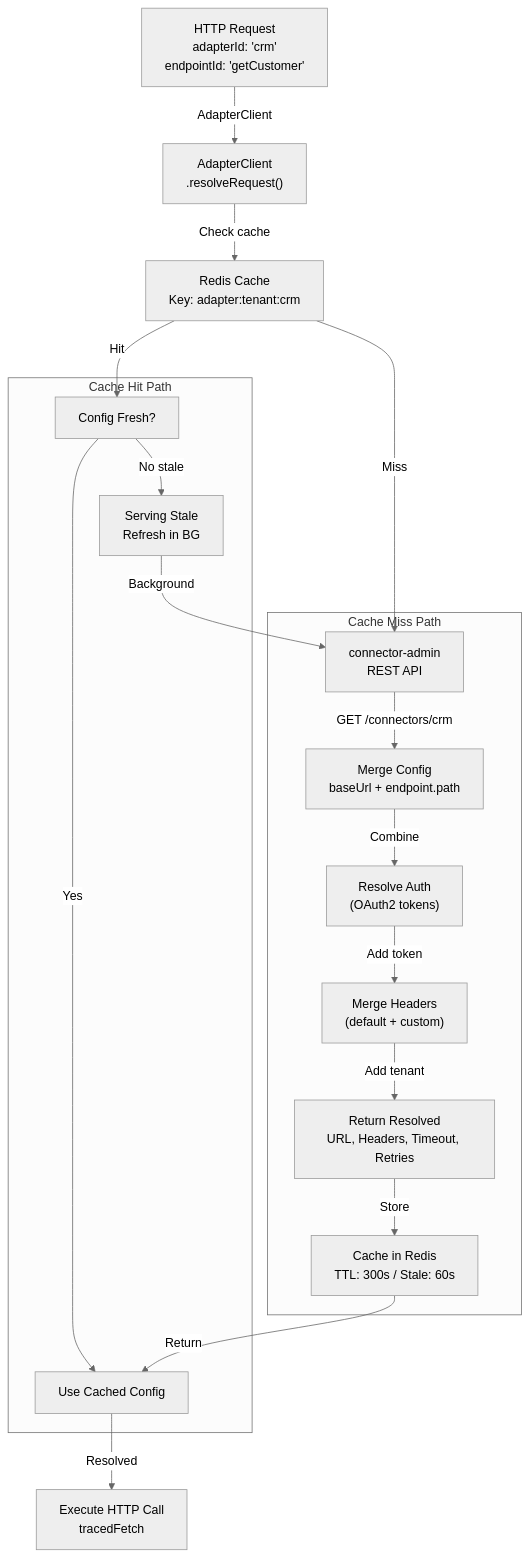
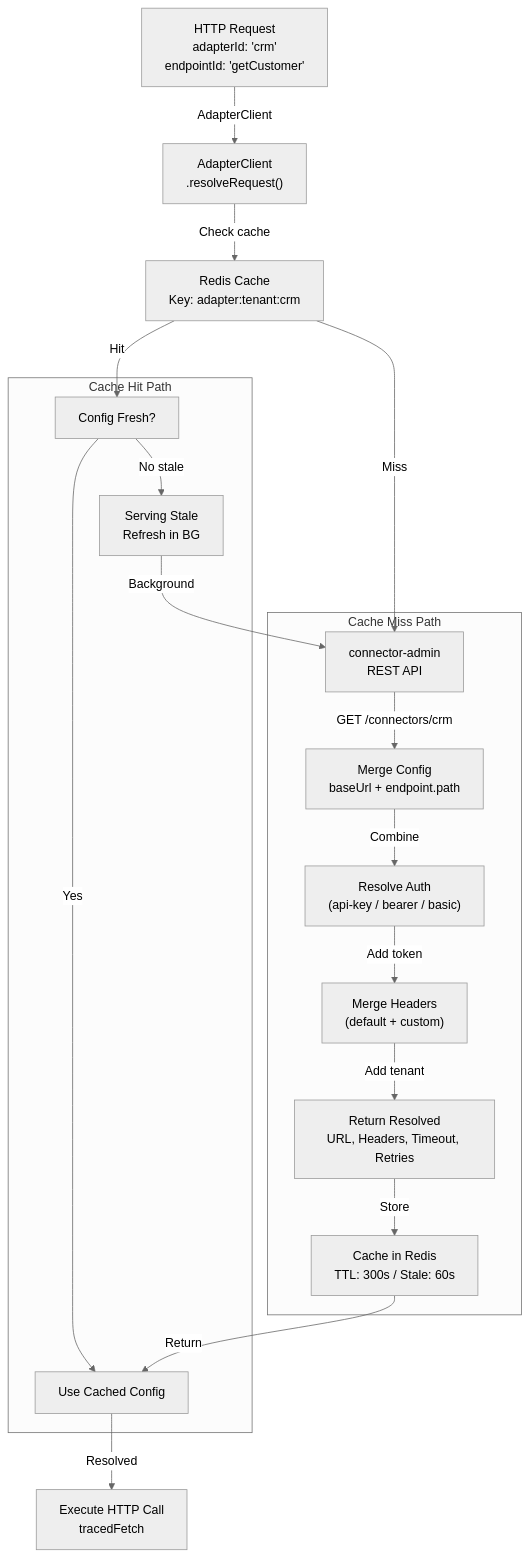
Before and after one commit to ccarnero/colloqui: diagram 14 of 20 in DOCS/architecture/overview.md, drawn with Mermaid (neutral theme). The commit also changed 28 other files, not shown here.

Commit message:
refactor(connectors): T01 remove phantom oauth2-client auth across services and UI

````diff
--- a/DOCS/architecture/overview.md
+++ b/DOCS/architecture/overview.md
@@ -927,40 +927,40 @@
 ```mermaid
 graph TB
     REQ["HTTP Request<br/>adapterId: 'crm'<br/>endpointId: 'getCustomer'"]
     AC["AdapterClient<br/>.resolveRequest()"]
     REDIS["Redis Cache<br/>Key: adapter:tenant:crm"]
 
     subgraph "Cache Miss Path"
         ADA["connector-admin<br/>REST API"]
         MERGE["Merge Config<br/>baseUrl + endpoint.path"]
-        AUTH["Resolve Auth<br/>(OAuth2 tokens)"]
+        AUTH["Resolve Auth<br/>(api-key / bearer / basic)"]
         HEADERS["Merge Headers<br/>(default + custom)"]
         FINAL["Return Resolved<br/>URL, Headers, Timeout, Retries"]
         STORE["Cache in Redis<br/>TTL: 300s / Stale: 60s"]
     end
 
     subgraph "Cache Hit Path"
         FRESH["Config Fresh?"]
         USE["Use Cached Config"]
         STALE["Serving Stale<br/>Refresh in BG"]
     end
 
     REQ -->|AdapterClient| AC
     AC -->|Check cache| REDIS
 
     REDIS -->|Hit| FRESH
     REDIS -->|Miss| ADA
 
     FRESH -->|Yes| USE
     FRESH -->|No stale| STALE
 
     ADA -->|GET /connectors/crm| MERGE
     MERGE -->|Combine| AUTH
     AUTH -->|Add token| HEADERS
     HEADERS -->|Add tenant| FINAL
     FINAL -->|Store| STORE
     STORE -->|Return| USE
     STALE -->|Background| ADA
 
     USE -->|Resolved| EXEC["Execute HTTP Call<br/>tracedFetch"]
 ```
````
